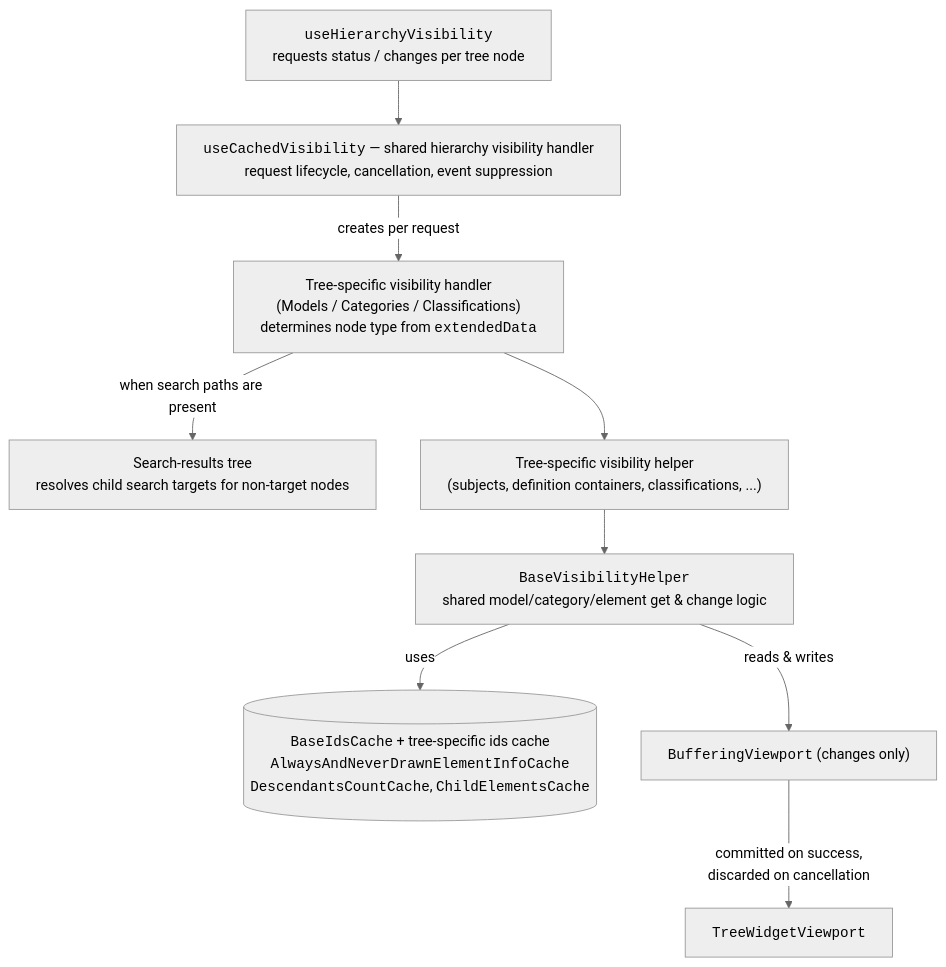
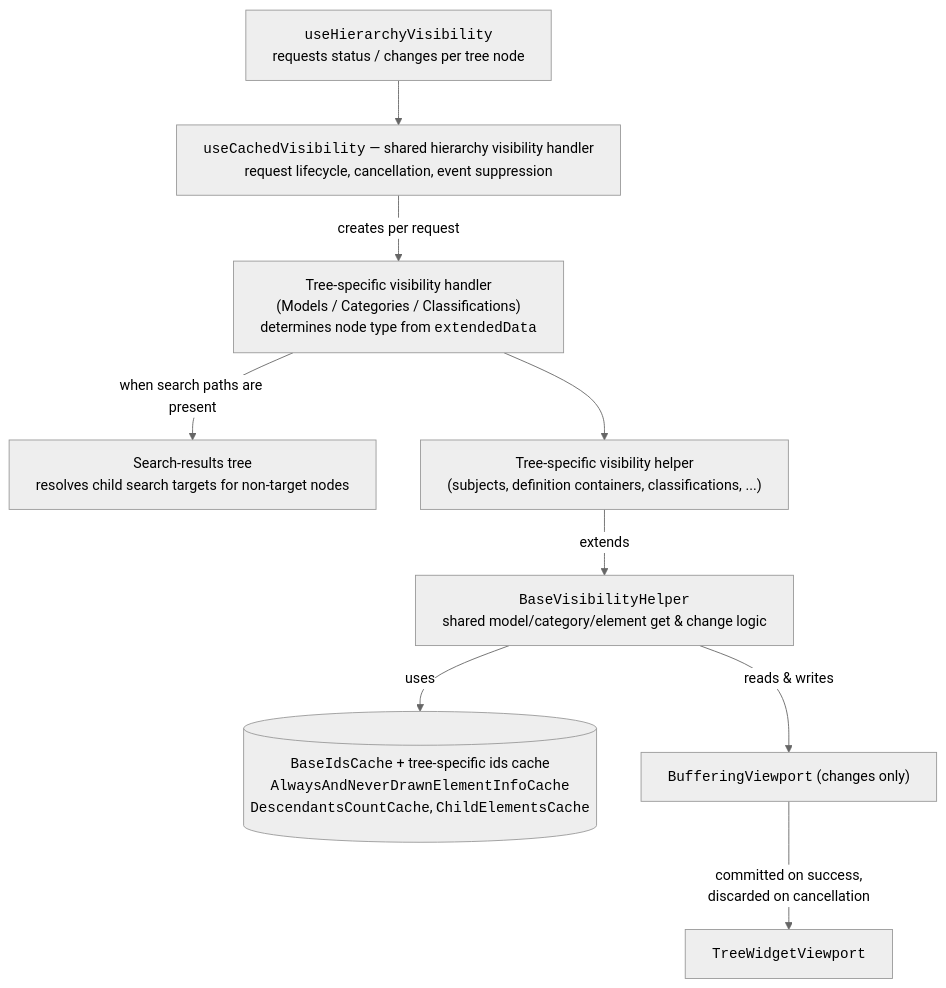
The first of 2 diagrams in packages/itwin/tree-widget/docs/Visibility.md (iTwin/viewer-components-react), drawn with Mermaid (neutral theme) before and after one commit.

````diff
--- a/packages/itwin/tree-widget/docs/Visibility.md
+++ b/packages/itwin/tree-widget/docs/Visibility.md
@@ -9,28 +9,28 @@
 ```mermaid
 ---
 config:
   flowchart:
     wrappingWidth: 750
     useMaxWidth: false
 ---
 
 flowchart TD
   HOOK["<span style='font-family: monospace;'>useHierarchyVisibility</span><br/>requests status / changes per tree node"]
   UCV["<span style='font-family: monospace;'>useCachedVisibility</span> — shared hierarchy visibility handler<br/>request lifecycle, cancellation, event suppression"]
   HANDLER["Tree-specific visibility handler<br/>(Models / Categories / Classifications)<br/>determines node type from <span style='font-family: monospace;'>extendedData</span>"]
   SRT["Search-results tree<br/>resolves child search targets for non-target nodes"]
   HELPER["Tree-specific visibility helper<br/>(subjects, definition containers, classifications, ...)"]
   BASE["<span style='font-family: monospace;'>BaseVisibilityHelper</span><br/>shared model/category/element get &amp; change logic"]
   CACHES[("<span style='font-family: monospace;'>BaseIdsCache</span> + tree-specific ids cache<br/><span style='font-family: monospace;'>AlwaysAndNeverDrawnElementInfoCache</span><br/><span style='font-family: monospace;'>DescendantsCountCache</span>, <span style='font-family: monospace;'>ChildElementsCache</span>")]
   BUF["<span style='font-family: monospace;'>BufferingViewport</span> (changes only)"]
   VP["<span style='font-family: monospace;'>TreeWidgetViewport</span>"]
 
   HOOK --> UCV
   UCV -- "creates per request" --> HANDLER
   HANDLER -- "when search paths are present" --> SRT
   HANDLER --> HELPER
-  HELPER --> BASE
+  HELPER -- "extends" --> BASE
   BASE -- "uses" --> CACHES
   BASE -- "reads & writes" --> BUF
   BUF -- "committed on success,<br/>discarded on cancellation" --> VP
 ```
````
